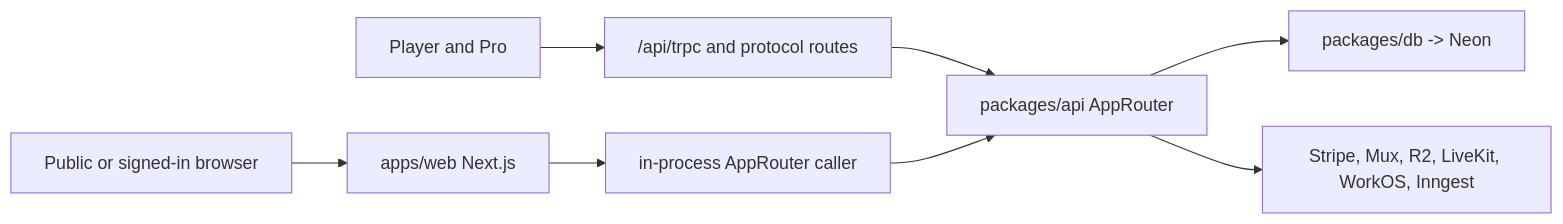
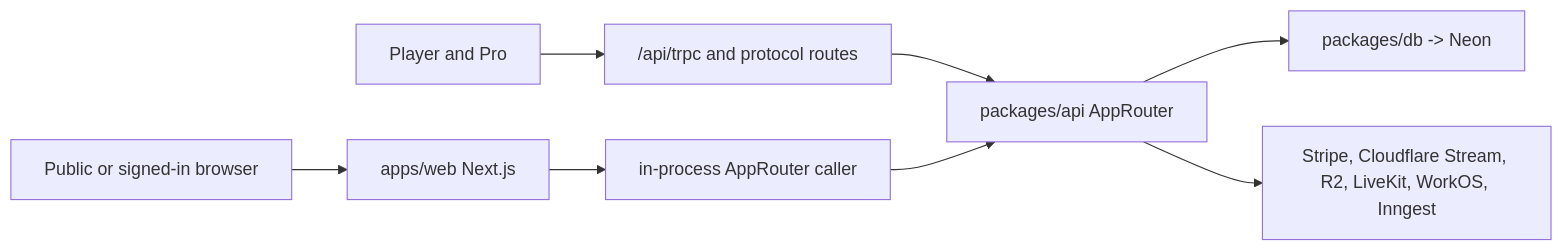
The diagram in docs/surfaces/WEB.md (journeyrewardsjohn/duna), drawn with Mermaid before and after one commit. The commit also changed other lines of this file and 45 other files, not shown here.

First line of the commit message:
Remove Mux: Cloudflare Stream and R2 are the only video providers

````diff
--- a/docs/surfaces/WEB.md
+++ b/docs/surfaces/WEB.md
@@ -63,10 +63,10 @@
 ```mermaid
 flowchart LR
   Browser["Public or signed-in browser"] --> Next["apps/web Next.js"]
   Native["Player and Pro"] --> TRPC["/api/trpc and protocol routes"]
   Next --> Caller["in-process AppRouter caller"]
   TRPC --> Router["packages/api AppRouter"]
   Caller --> Router
   Router --> DB["packages/db -> Neon"]
-  Router --> Providers["Stripe, Mux, R2, LiveKit, WorkOS, Inngest"]
+  Router --> Providers["Stripe, Cloudflare Stream, R2, LiveKit, WorkOS, Inngest"]
 ```
````
